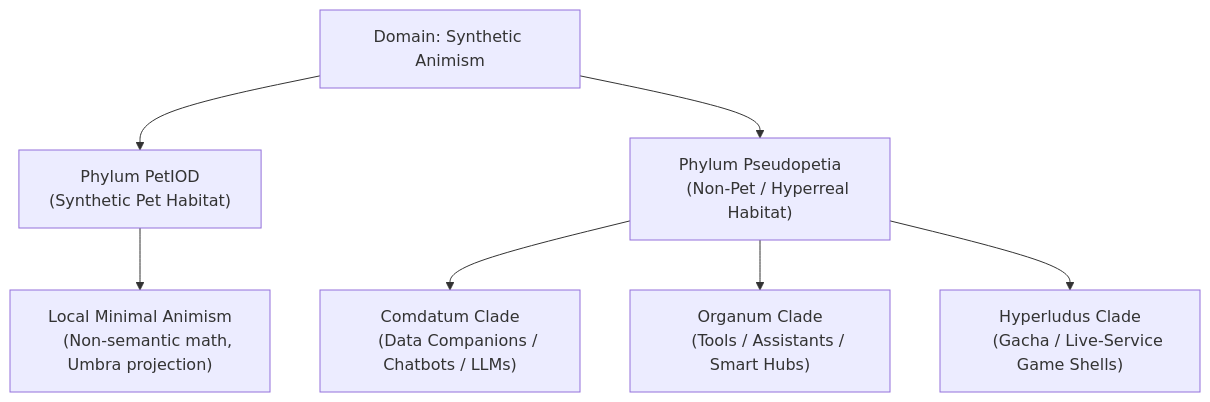
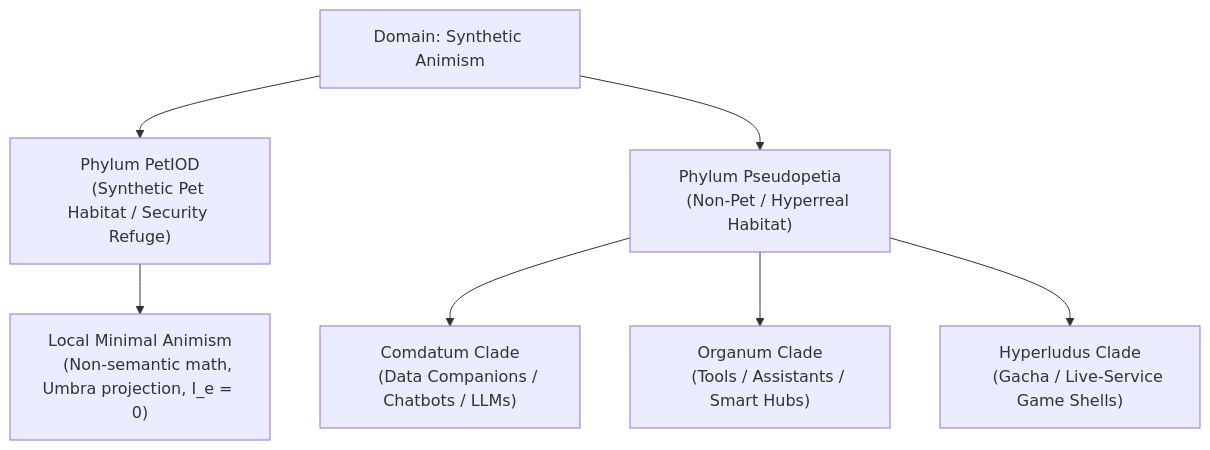
Before and after one commit to zetathix/petiod: the first of 3 diagrams in README.md, drawn with Mermaid. The commit also changed other lines of this file, not shown here.

````diff
--- a/README.md
+++ b/README.md
@@ -16,20 +16,20 @@
 ```mermaid
 graph TD
     Domain["Domain: Synthetic Animism"]
     
     Domain --> Clade1["Phylum PetIOD
-    (Synthetic Pet Habitat)"]
+    (Synthetic Pet Habitat / Security Refuge)"]
     Domain --> Clade2["Phylum Pseudopetia
     (Non-Pet / Hyperreal Habitat)"]
     
     Clade1 --> Pet1["Local Minimal Animism
-    (Non-semantic math, Umbra projection)"]
+    (Non-semantic math, Umbra projection, I_e = 0)"]
     
     Clade2 --> NonPet1["Comdatum Clade
     (Data Companions / Chatbots / LLMs)"]
     Clade2 --> NonPet2["Organum Clade
     (Tools / Assistants / Smart Hubs)"]
     Clade2 --> NonPet3["Hyperludus Clade
     (Gacha / Live-Service Game Shells)"]
 
 ```
````
